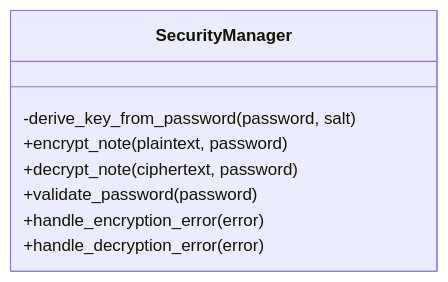
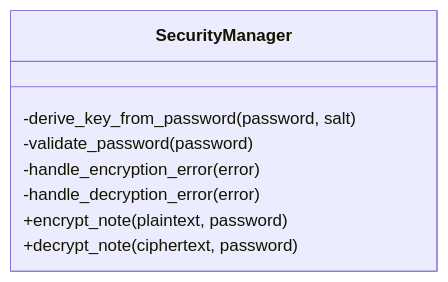
One commit to t-drape/SE300_Secure_Notes_App changed the diagram in LLD_Diagrams/SecurityManagerClassDiagram.md. Above: the diagram before and after it, drawn with Mermaid.

Commit message:
Update SecurityManagerClassDiagram.md
reduce public interface to encrypt_note and decrypt_node, and make all helper methods private

````diff
--- a/LLD_Diagrams/SecurityManagerClassDiagram.md
+++ b/LLD_Diagrams/SecurityManagerClassDiagram.md
@@ -1,11 +1,11 @@
 ```mermaid
 classDiagram
     class SecurityManager {
         -derive_key_from_password(password, salt)
+        -validate_password(password)
+        -handle_encryption_error(error)
+        -handle_decryption_error(error)
         +encrypt_note(plaintext, password)
         +decrypt_note(ciphertext, password)
-        +validate_password(password)
-        +handle_encryption_error(error)
-        +handle_decryption_error(error)
     }
 ```
````
